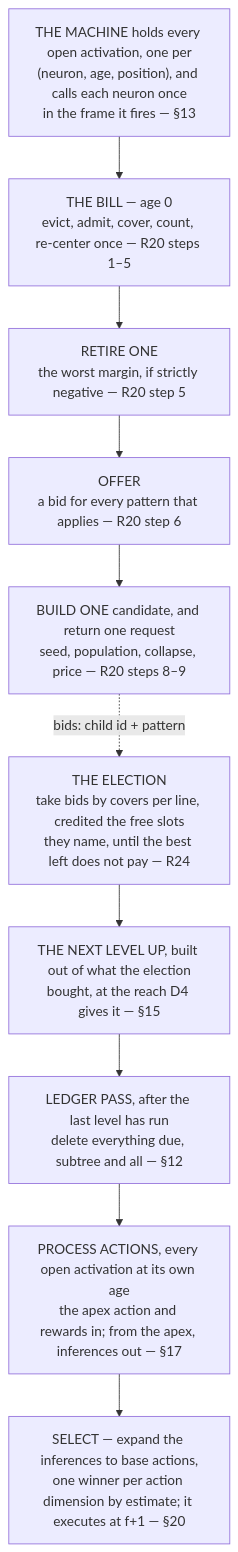
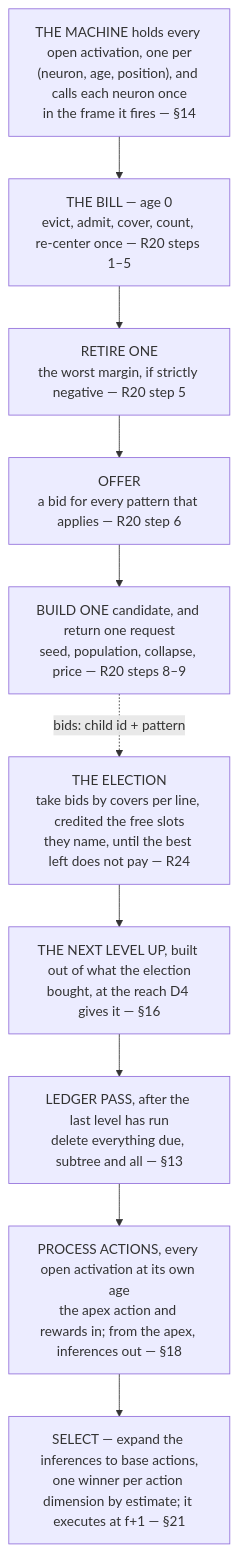
Before and after one commit to cucar/robot_brain: the diagram in docs/algorithm-remarks.md, drawn with Mermaid. The commit also changed other lines of this file and 4 other files, not shown here.

````diff
--- a/docs/algorithm-remarks.md
+++ b/docs/algorithm-remarks.md
@@ -913,13 +914,13 @@
 ```mermaid
 flowchart TD
-    A["THE MACHINE holds every open activation, one per<br/>(neuron, age, position), and calls each neuron once<br/>in the frame it fires — §13"]
+    A["THE MACHINE holds every open activation, one per<br/>(neuron, age, position), and calls each neuron once<br/>in the frame it fires — §14"]
     A --> B["THE BILL — age 0<br/>evict, admit, cover, count, re-center once — R20 steps 1–5"]
     B --> DEL["RETIRE ONE<br/>the worst margin, if strictly negative — R20 step 5"]
     DEL --> P["OFFER<br/>a bid for every pattern that applies — R20 step 6"]
     P --> M["BUILD ONE candidate, and return one request<br/>seed, population, collapse, price — R20 steps 8–9"]
     M -.->|"bids: child id + pattern"| X["THE ELECTION<br/>take bids by covers per line, credited the free slots<br/>they name, until the best left does not pay — R24"]
-    X --> O["THE NEXT LEVEL UP, built out of what the election<br/>bought, at the reach D4 gives it — §15"]
-    O --> Z["LEDGER PASS, after the last level has run<br/>delete everything due, subtree and all — §12"]
-    Z --> W["PROCESS ACTIONS, every open activation at its own age<br/>the apex action and rewards in; from the apex, inferences out — §17"]
-    W --> S["SELECT — expand the inferences to base actions,<br/>one winner per action dimension by estimate; it executes at f+1 — §20"]
+    X --> O["THE NEXT LEVEL UP, built out of what the election<br/>bought, at the reach D4 gives it — §16"]
+    O --> Z["LEDGER PASS, after the last level has run<br/>delete everything due, subtree and all — §13"]
+    Z --> W["PROCESS ACTIONS, every open activation at its own age<br/>the apex action and rewards in; from the apex, inferences out — §18"]
+    W --> S["SELECT — expand the inferences to base actions,<br/>one winner per action dimension by estimate; it executes at f+1 — §21"]
 ```
````
